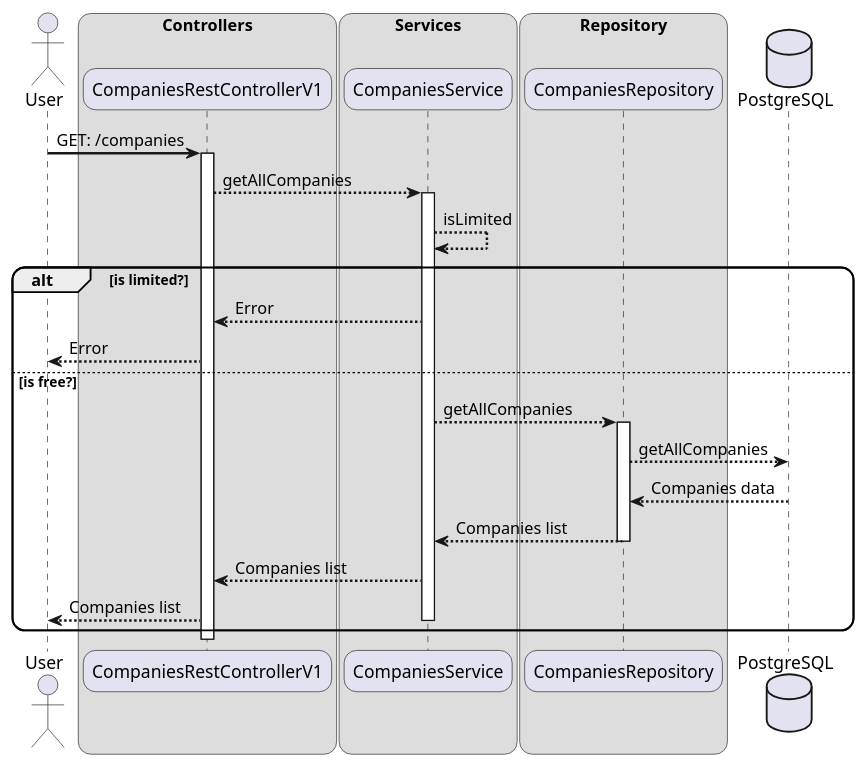
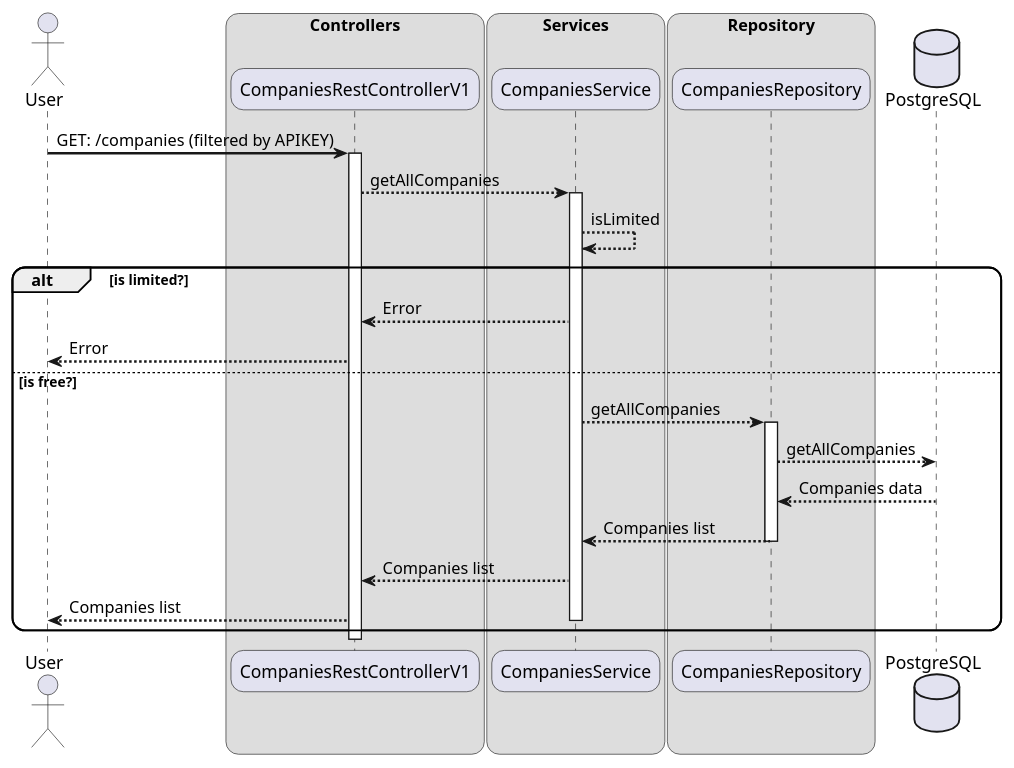
Before and after one commit to Viterg/stocks-feed: the diagram in docs/Companies.puml, drawn with PlantUML. The commit also changed 29 other files, not shown here.

```diff
--- a/docs/Companies.puml
+++ b/docs/Companies.puml
@@ -1,41 +1,41 @@
 @startuml
 skinparam sequenceArrowThickness 2
 skinparam roundcorner 20
 
 actor User
 database PostgreSQL as P order 90
 
 box "Controllers"
 participant CompaniesRestControllerV1 as CC
 end box
 
 box "Services"
 participant CompaniesService as CS
 end box
 
 box "Repository"
 participant CompaniesRepository as CR
 end box
 
-User -> CC: GET: /companies
+User -> CC: GET: /companies (filtered by APIKEY)
 activate CC
 CC --> CS: getAllCompanies
 activate CS
 CS --> CS: isLimited
 alt is limited?
 CS --> CC: Error
 CC --> User: Error
 else is free?
 CS --> CR: getAllCompanies
 activate CR
 CR --> P: getAllCompanies
 P --> CR: Companies data
 CR --> CS: Companies list
 deactivate CR
 CS --> CC: Companies list
 deactivate CR
 CC --> User: Companies list
 deactivate CS
 end
 deactivate CC
 @enduml
```
